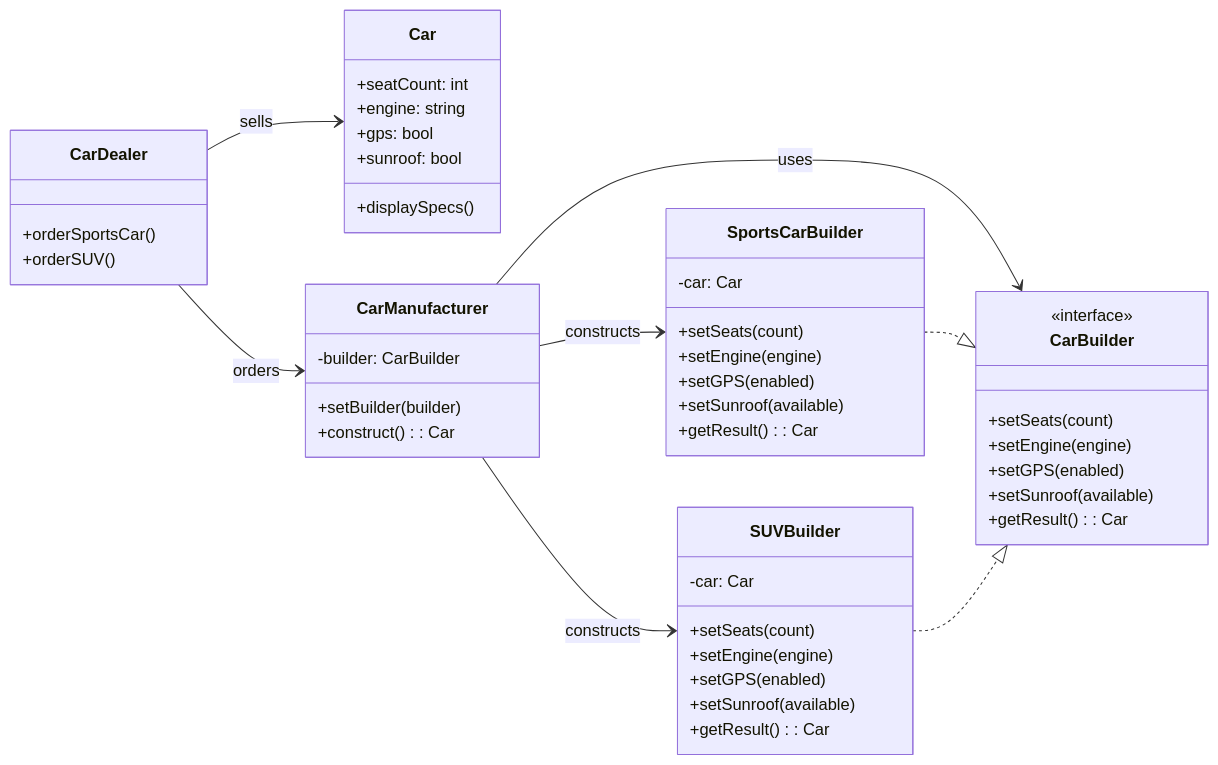
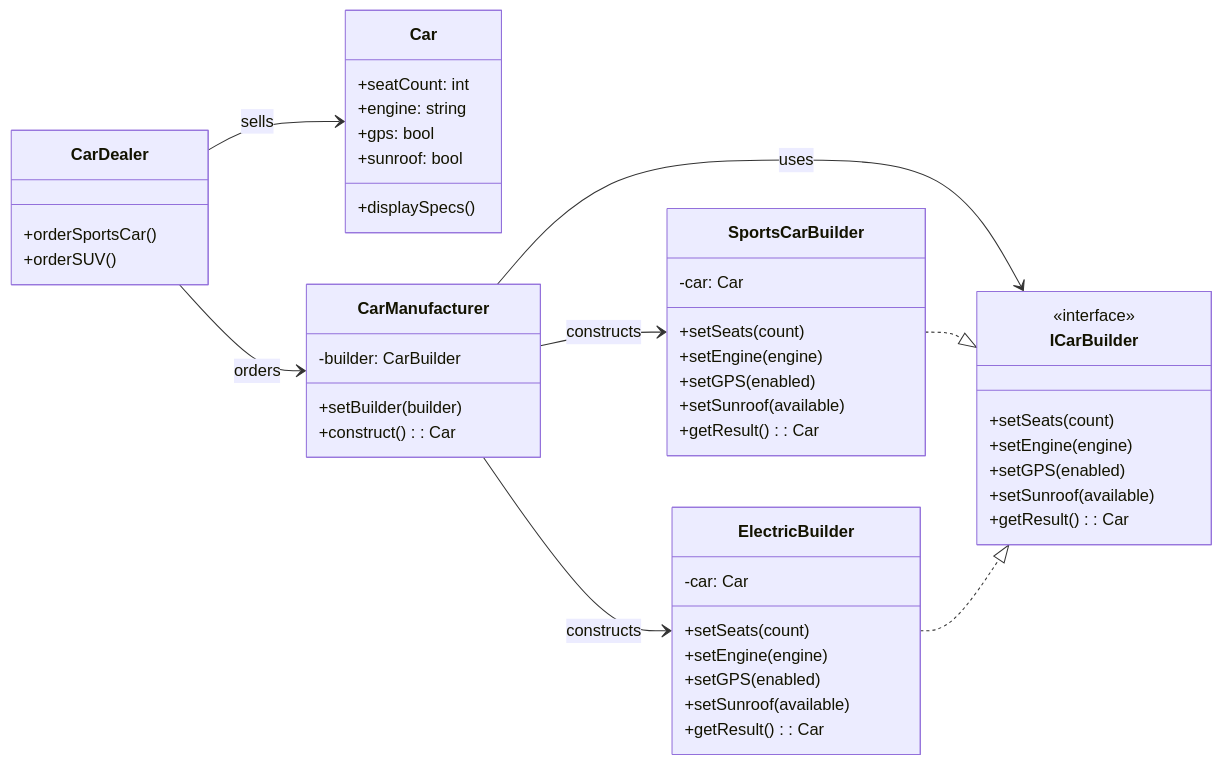
Before and after one commit to Kameleon008/KK.DesignPatterns: the diagram in KK.DesignPattern.Builder/DesignPattern.Builder.md, drawn with Mermaid. The commit also changed 8 other files, not shown here.

````diff
--- a/KK.DesignPattern.Builder/DesignPattern.Builder.md
+++ b/KK.DesignPattern.Builder/DesignPattern.Builder.md
@@ -17,58 +17,58 @@
 ```mermaid
 classDiagram
     direction LR
     
     class Car {
         +seatCount: int
         +engine: string
         +gps: bool
         +sunroof: bool
         +displaySpecs()
     }
     
-    class CarBuilder {
+    class ICarBuilder {
         <<interface>>
         +setSeats(count)
         +setEngine(engine)
         +setGPS(enabled)
         +setSunroof(available)
         +getResult(): Car
     }
     
     class SportsCarBuilder {
         -car: Car
         +setSeats(count)
         +setEngine(engine)
         +setGPS(enabled)
         +setSunroof(available)
         +getResult(): Car
     }
     
-    class SUVBuilder {
+    class ElectricBuilder {
         -car: Car
         +setSeats(count)
         +setEngine(engine)
         +setGPS(enabled)
         +setSunroof(available)
         +getResult(): Car
     }
     
     class CarManufacturer {
         -builder: CarBuilder
         +setBuilder(builder)
         +construct(): Car
     }
     
     class CarDealer {
         +orderSportsCar()
         +orderSUV()
     }
     
-    CarManufacturer --> CarBuilder : uses
-    SportsCarBuilder ..|> CarBuilder
-    SUVBuilder ..|> CarBuilder
+    CarManufacturer --> ICarBuilder : uses
+    SportsCarBuilder ..|> ICarBuilder
+    ElectricBuilder ..|> ICarBuilder
     CarManufacturer --> SportsCarBuilder : constructs
-    CarManufacturer --> SUVBuilder : constructs
+    CarManufacturer --> ElectricBuilder : constructs
     CarDealer --> CarManufacturer : orders
     CarDealer --> Car : sells
 ```
````
